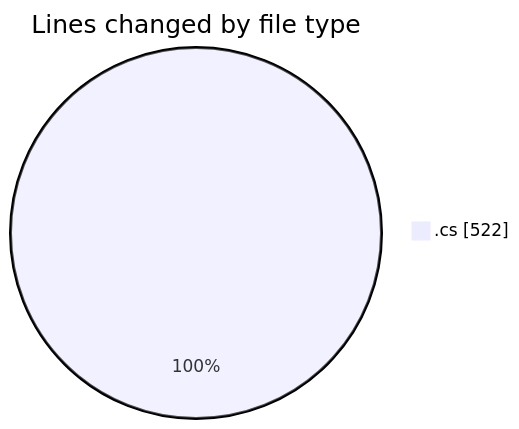
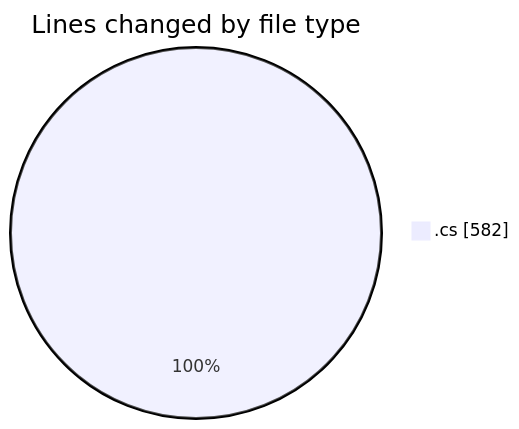
The first of 2 diagrams in 2025-03-29/back-end/README.md (Netris89/code-tracking), drawn with Mermaid before and after one commit. The commit also changed other lines of this file and 1 other file, not shown here.

````diff
--- a/2025-03-29/back-end/README.md
+++ b/2025-03-29/back-end/README.md
@@ -22,5 +23,5 @@
 ```mermaid
 pie showData
 title Lines changed by file type
-".cs" : 522
+".cs" : 582
 ```
````
